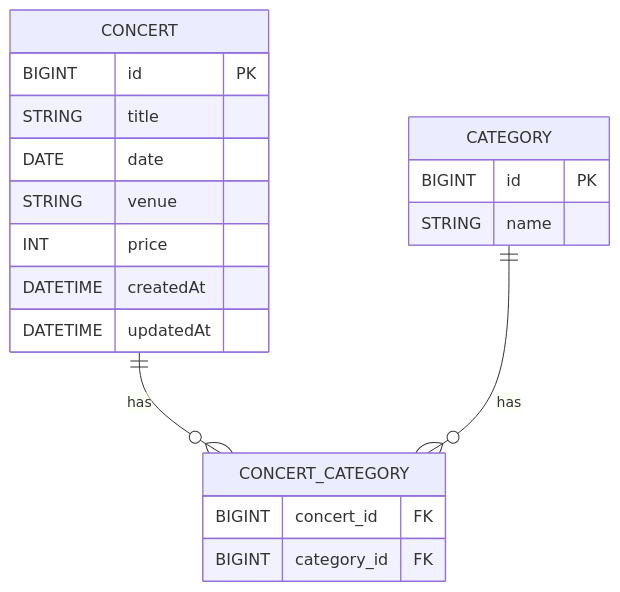
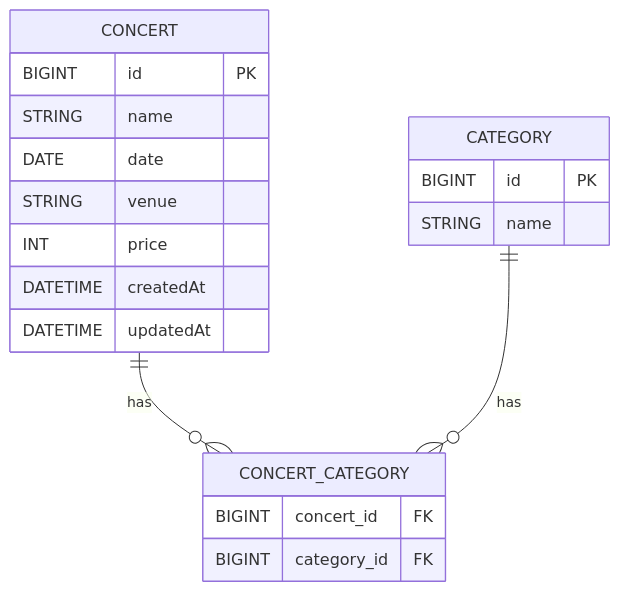
Before and after one commit to SMJin/voyage-ConcertReservation: the fourth of 4 diagrams in docs/diagram-erd/read-consert.md, drawn with Mermaid. The commit also changed other lines of this file and 8 other files, not shown here.

````diff
--- a/docs/diagram-erd/read-consert.md
+++ b/docs/diagram-erd/read-consert.md
@@ -68,26 +68,26 @@
 ```mermaid
 erDiagram
 
     CONCERT {
         BIGINT id PK
-        STRING title
+        STRING name
         DATE date
         STRING venue
         INT price
         DATETIME createdAt
         DATETIME updatedAt
     }
 
     CATEGORY {
         BIGINT id PK
         STRING name
     }
 
     CONCERT_CATEGORY {
         BIGINT concert_id FK
         BIGINT category_id FK
     }
 
     CONCERT ||--o{ CONCERT_CATEGORY : has
     CATEGORY ||--o{ CONCERT_CATEGORY : has
 ```
````
